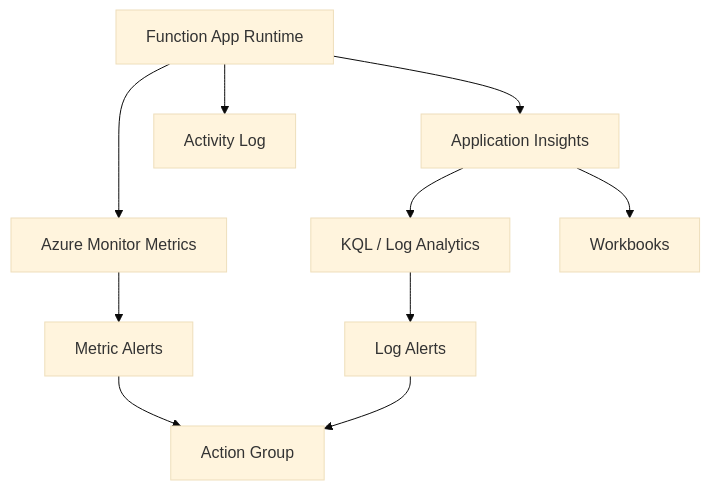
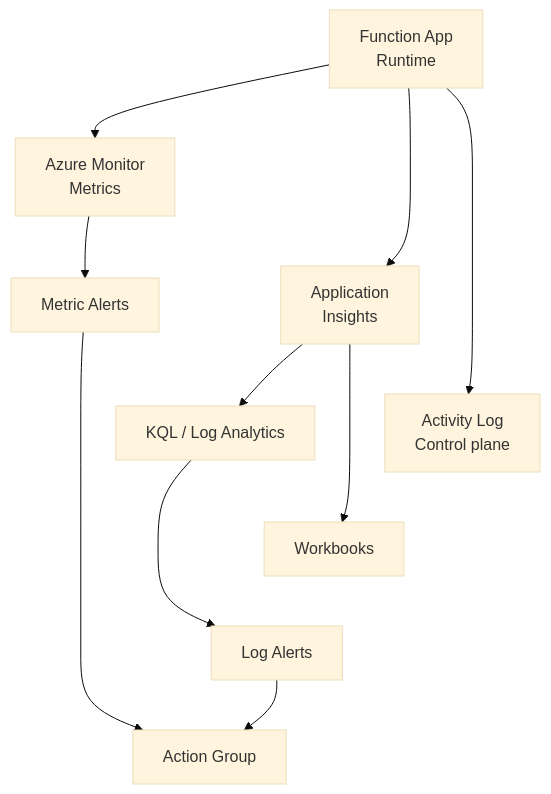
The first of 2 diagrams in docs/operations/monitoring.md (yeongseon/azure-functions-practical-guide), drawn with Mermaid (base theme) before and after one commit. The commit also changed other lines of this file and 1 other file, not shown here.

First line of the commit message:
docs(diagrams): clarify monitoring signals and investigation flows (#527)

````diff
--- a/docs/operations/monitoring.md
+++ b/docs/operations/monitoring.md
@@ -131,12 +136,20 @@
 ```mermaid
 flowchart TD
-    A[Function App Runtime] --> B[Azure Monitor Metrics]
-    A --> C[Application Insights]
-    A --> D[Activity Log]
-    B --> E[Metric Alerts]
+    accTitle: Function app monitoring reading map
+    accDescr: The function app runtime is associated with platform metrics and configured Application Insights telemetry; Activity Log is the separate control-plane view of the app resource, not telemetry emitted by the runtime. Metric and log alert paths converge on a configured action group; Insights also feeds log analysis and workbooks. Arrows summarize reading relationships, not network transports.
+    A["Function App<br/>Runtime"] --> B["Azure Monitor<br/>Metrics"]
+    A --> C["Application<br/>Insights"]
+    A --> D["Activity Log<br/>Control plane"]
+    B --> E["Metric Alerts"]
     C --> F["KQL / Log Analytics"]
     C --> G[Workbooks]
-    F --> H[Log Alerts]
-    E --> I[Action Group]
+    F --> H["Log Alerts"]
+    E --> I["Action Group"]
     H --> I
+    %% Layout-only links tier views; they add no signal paths or operational steps.
+    B ~~~ C
+    C ~~~ D
+    E ~~~ F
+    F ~~~ G
+    G ~~~ H
 ```
````
